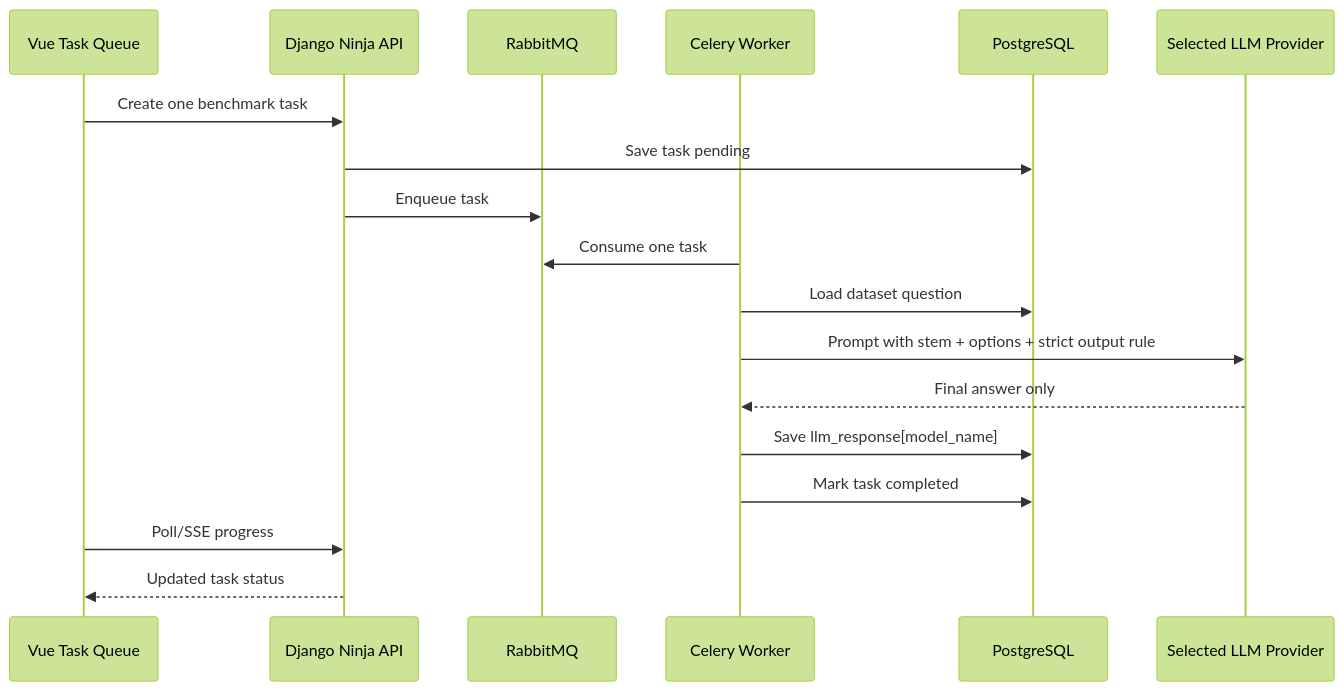
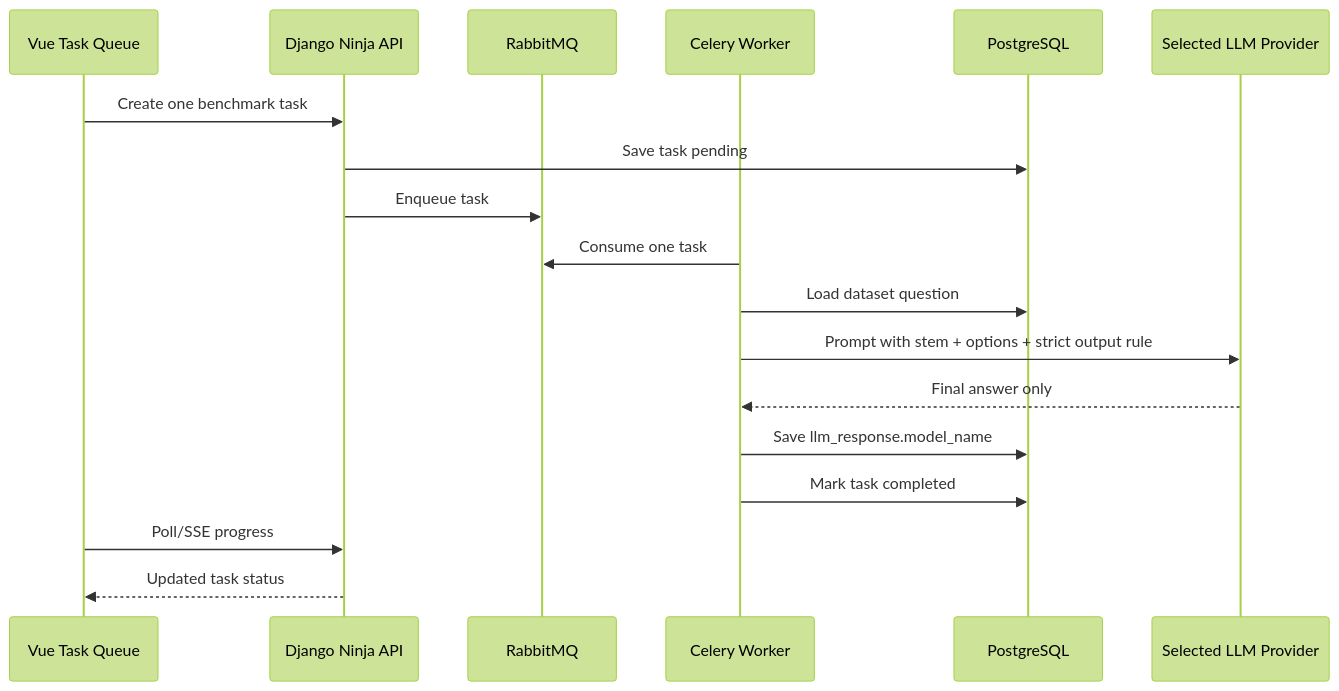
One commit to billzi2016/LLM-Benchmark-Studio changed the fifth of 13 diagrams in docs/mermaid-flows.md. Above: the diagram before and after it, drawn with Mermaid (forest theme). The commit also changed other lines of this file and 22 other files, not shown here.

````diff
--- a/docs/mermaid-flows.md
+++ b/docs/mermaid-flows.md
@@ -89,21 +89,21 @@
 ```mermaid
 sequenceDiagram
   participant UI as Vue Task Queue
   participant API as Django Ninja API
   participant MQ as RabbitMQ
   participant Worker as Celery Worker
   participant DB as PostgreSQL
   participant LLM as Selected LLM Provider
 
   UI->>API: Create one benchmark task
   API->>DB: Save task pending
   API->>MQ: Enqueue task
   Worker->>MQ: Consume one task
   Worker->>DB: Load dataset question
   Worker->>LLM: Prompt with stem + options + strict output rule
   LLM-->>Worker: Final answer only
-  Worker->>DB: Save llm_response[model_name]
+  Worker->>DB: Save llm_response.model_name
   Worker->>DB: Mark task completed
   UI->>API: Poll/SSE progress
   API-->>UI: Updated task status
 ```
````
